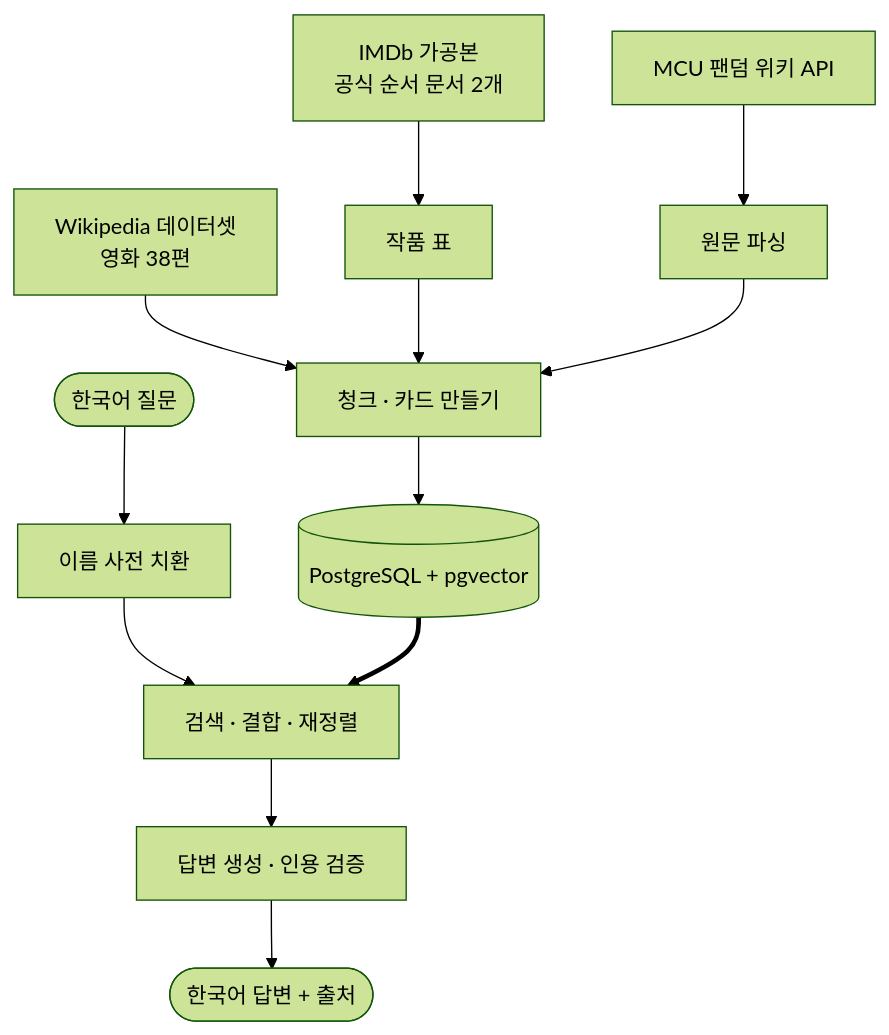
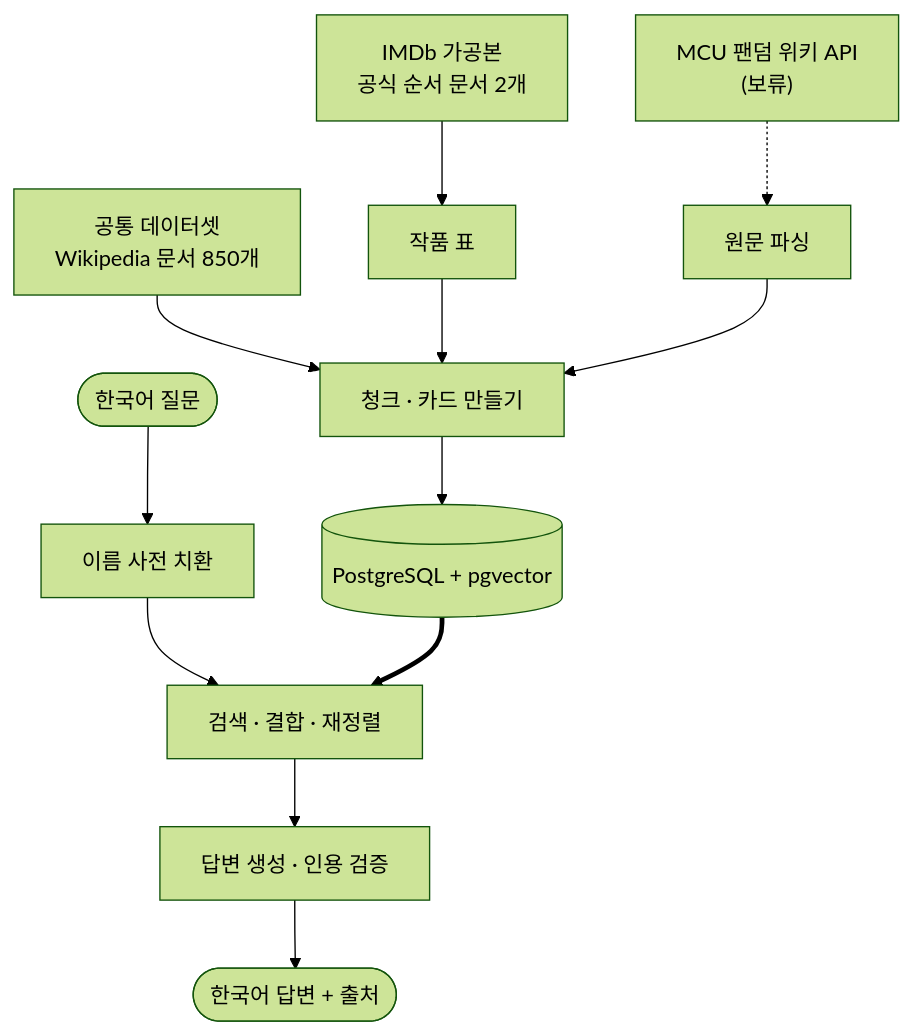
The first of 5 diagrams in docs/architecture.md (766min/ax-rag-cinema), drawn with Mermaid (forest theme) before and after one commit. The commit also changed other lines of this file and 10 other files, not shown here.

````diff
--- a/docs/architecture.md
+++ b/docs/architecture.md
@@ -13,14 +13,14 @@
 ```mermaid
 flowchart TB
   S1["IMDb 가공본<br/>공식 순서 문서 2개"] --> W["작품 표"]
-  S2["MCU 팬덤 위키 API"] --> P["원문 파싱"]
-  S3["Wikipedia 데이터셋<br/>영화 38편"] --> C
+  S2["MCU 팬덤 위키 API<br/>(보류)"] -.-> P["원문 파싱"]
+  S3["공통 데이터셋<br/>Wikipedia 문서 850개"] --> C
   W --> C["청크 · 카드 만들기"]
   P --> C
   C --> DB[("PostgreSQL + pgvector")]
   Q(["한국어 질문"]) --> N["이름 사전 치환"]
   N --> R["검색 · 결합 · 재정렬"]
   DB ==> R
   R --> G["답변 생성 · 인용 검증"]
   G --> A(["한국어 답변 + 출처"])
 ```
````
